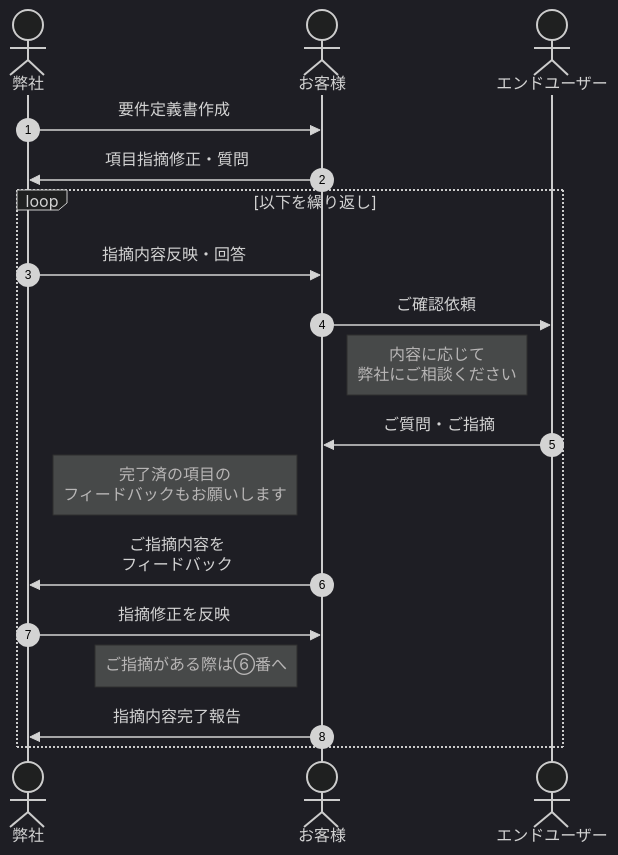
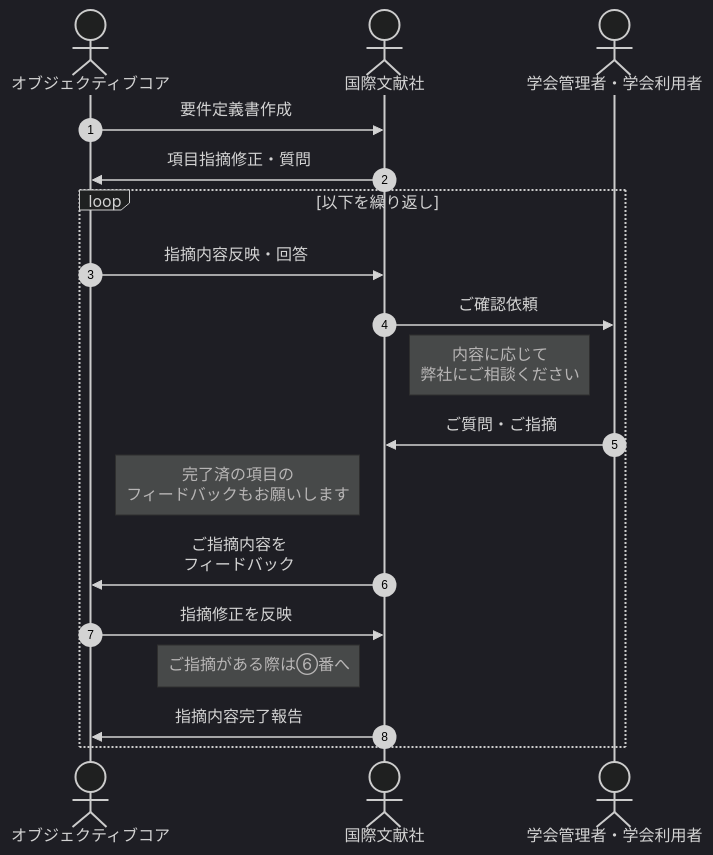
One commit to kinachan/kokusai-bunken-doc changed the third of 6 diagrams in docs/要件定義書.md. Above: the diagram before and after it, drawn with Mermaid (dark theme). The commit also changed other lines of this file and 1 other file, not shown here.

````diff
--- a/docs/要件定義書.md
+++ b/docs/要件定義書.md
@@ -253,26 +230,26 @@
 ```mermaid
 sequenceDiagram
   autonumber
 
-  actor we as 弊社
-  actor client as お客様
-  actor user as エンドユーザー
+  actor we as オブジェクティブコア
+  actor client as 国際文献社
+  actor user as 学会管理者・学会利用者
 
   we ->>client: 要件定義書作成
   client ->> we: 項目指摘修正・質問
   loop 以下を繰り返し
     we ->>client: 指摘内容反映・回答
     client ->> user: ご確認依頼
 
     note right of client: 内容に応じて<br/>弊社にご相談ください
 
     user ->> client: ご質問・ご指摘
     note left of client: 完了済の項目の<br/>フィードバックもお願いします
 
     client ->> we: ご指摘内容を<br/>フィードバック
     we ->> client: 指摘修正を反映
     
     note left of client: ご指摘がある際は⑥番へ
     client ->> we: 指摘内容完了報告
   end
 ```
````
